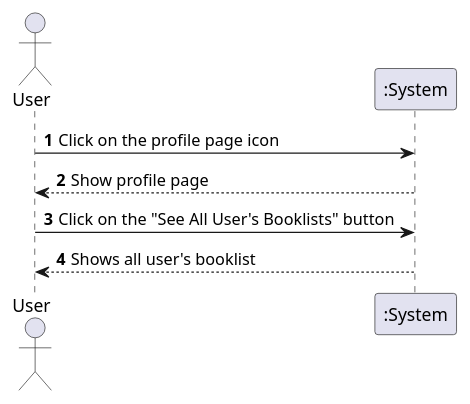
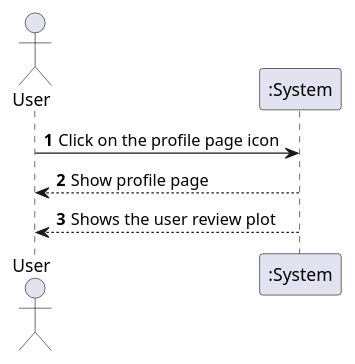
The diagram in UMLs/UC_SSD/uml/UCPS_UCSSD/UCPS4_UCSSD.puml (VitorHTeixeira/DSSMV_ProjectDroid_1232067_1241131_1241008), drawn with PlantUML before and after one commit. The commit also changed 32 other files, not shown here.

```diff
--- a/UMLs/UC_SSD/uml/UCPS_UCSSD/UCPS4_UCSSD.puml
+++ b/UMLs/UC_SSD/uml/UCPS_UCSSD/UCPS4_UCSSD.puml
@@ -1,15 +1,13 @@
 @startuml
 'https://plantuml.com/sequence-diagram
 
 autonumber
 
 actor "User" as user
 participant ":System" as sys
 
 user -> sys: Click on the profile page icon
 user <-- sys: Show profile page
-
-user -> sys: Click on the "See All User's Booklists" button
-user <-- sys: Shows all user's booklist
+user <-- sys: Shows the user review plot
 
 @enduml
```
